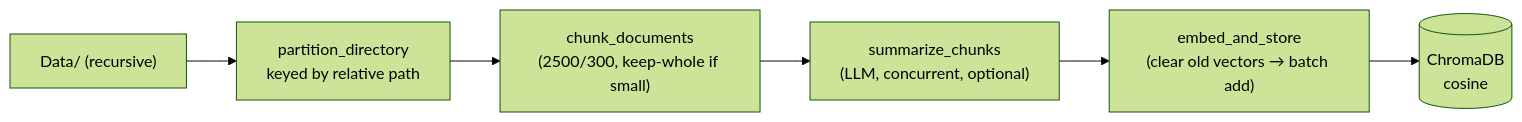
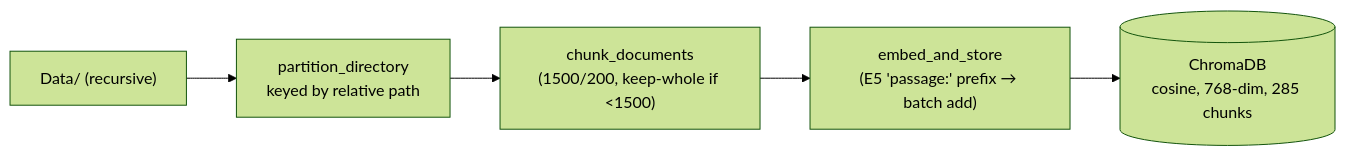
The second of 4 diagrams in ARCHITECTURE.md (Harshvardhan0009/uniassist), drawn with Mermaid (forest theme) before and after one commit. The commit also changed other lines of this file, not shown here.

First line of the commit message:
docs: reconcile ARCHITECTURE.md with promoted production system

````diff
--- a/ARCHITECTURE.md
+++ b/ARCHITECTURE.md
@@ -216,8 +214,7 @@
 ```mermaid
 flowchart LR
     A["Data/ (recursive)"] --> B["partition_directory<br/>keyed by relative path"]
-    B --> C["chunk_documents<br/>(2500/300, keep-whole if small)"]
-    C --> D["summarize_chunks<br/>(LLM, concurrent, optional)"]
-    D --> E["embed_and_store<br/>(clear old vectors → batch add)"]
-    E --> F[("ChromaDB<br/>cosine")]
+    B --> C["chunk_documents<br/>(1500/200, keep-whole if &lt;1500)"]
+    C --> D["embed_and_store<br/>(E5 'passage:' prefix → batch add)"]
+    D --> E[("ChromaDB<br/>cosine, 768-dim, 285 chunks")]
 ```
````
